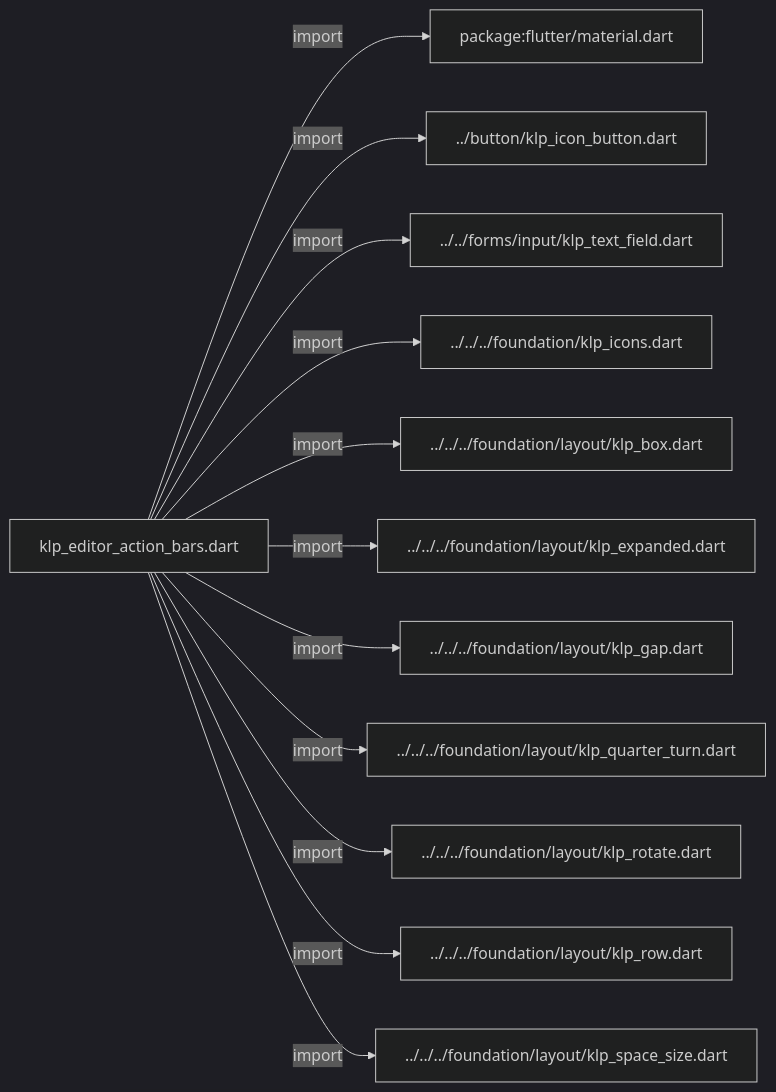
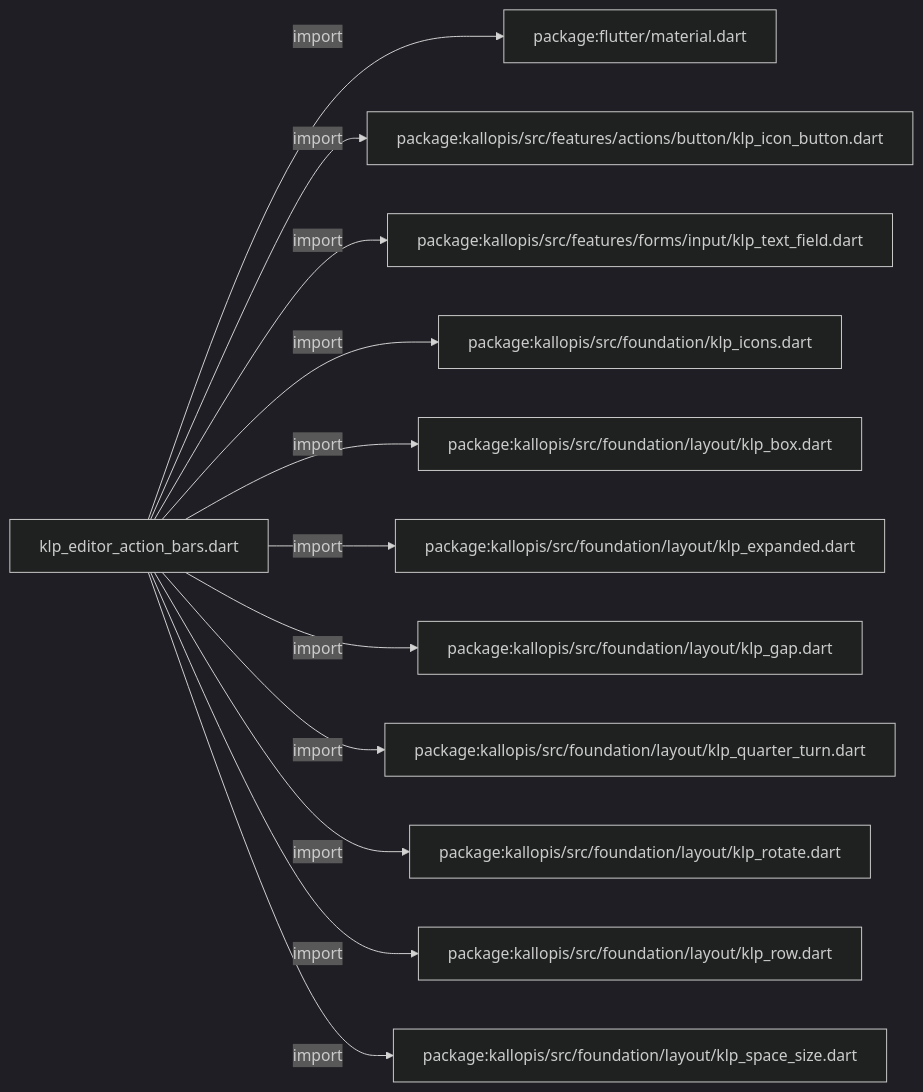
One commit to MiuDog/Kallopis changed the first of 3 diagrams in docs/architecture/src/features/actions/editor/klp_editor_action_bars.md. Above: the diagram before and after it, drawn with Mermaid (dark theme). The commit also changed other lines of this file and 9688 other files, not shown here.

Commit message:
Prepare isolated Flow F2 peer baseline

````diff
--- a/docs/architecture/src/features/actions/editor/klp_editor_action_bars.md
+++ b/docs/architecture/src/features/actions/editor/klp_editor_action_bars.md
@@ -11,26 +11,26 @@
 ```mermaid
 flowchart LR
 	n0["klp_editor_action_bars.dart"]
 	n1["package:flutter/material.dart"]
-	n2["../button/klp_icon_button.dart"]
-	n3["../../forms/input/klp_text_field.dart"]
-	n4["../../../foundation/klp_icons.dart"]
-	n5["../../../foundation/layout/klp_box.dart"]
-	n6["../../../foundation/layout/klp_expanded.dart"]
-	n7["../../../foundation/layout/klp_gap.dart"]
-	n8["../../../foundation/layout/klp_quarter_turn.dart"]
-	n9["../../../foundation/layout/klp_rotate.dart"]
-	n10["../../../foundation/layout/klp_row.dart"]
-	n11["../../../foundation/layout/klp_space_size.dart"]
+	n2["package:kallopis/src/features/actions/button/klp_icon_button.dart"]
+	n3["package:kallopis/src/features/forms/input/klp_text_field.dart"]
+	n4["package:kallopis/src/foundation/klp_icons.dart"]
+	n5["package:kallopis/src/foundation/layout/klp_box.dart"]
+	n6["package:kallopis/src/foundation/layout/klp_expanded.dart"]
+	n7["package:kallopis/src/foundation/layout/klp_gap.dart"]
+	n8["package:kallopis/src/foundation/layout/klp_quarter_turn.dart"]
+	n9["package:kallopis/src/foundation/layout/klp_rotate.dart"]
+	n10["package:kallopis/src/foundation/layout/klp_row.dart"]
+	n11["package:kallopis/src/foundation/layout/klp_space_size.dart"]
 	n0 -->|"import"| n1
 	n0 -->|"import"| n2
 	n0 -->|"import"| n3
 	n0 -->|"import"| n4
 	n0 -->|"import"| n5
 	n0 -->|"import"| n6
 	n0 -->|"import"| n7
 	n0 -->|"import"| n8
 	n0 -->|"import"| n9
 	n0 -->|"import"| n10
 	n0 -->|"import"| n11
 ```
````
